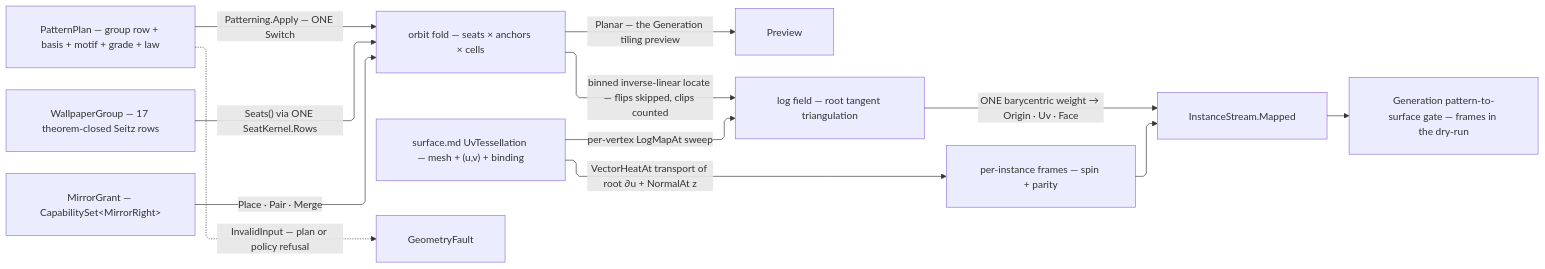
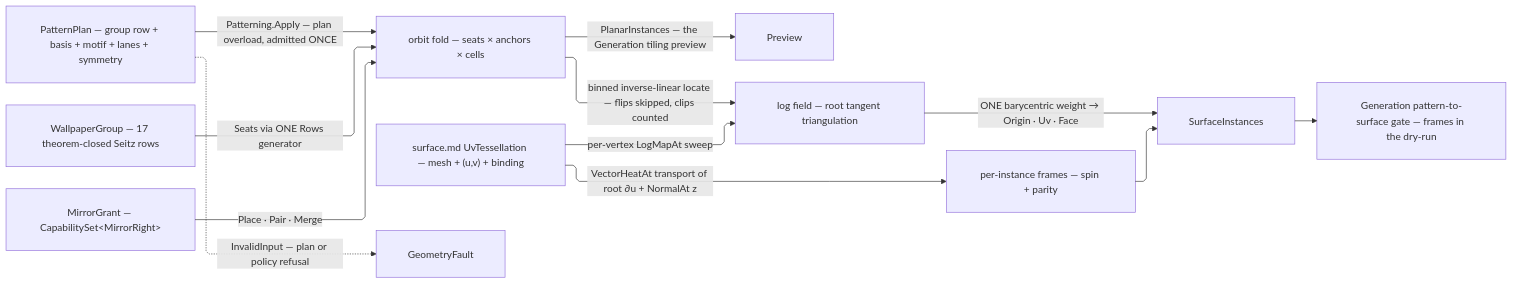
Before and after one commit to bsamiee/Rasm: the diagram in libs/dotnet/Rasm/.planning/Parametric/patternmap.md, drawn with Mermaid. The commit also changed other lines of this file and 47 other files, not shown here.

First line of the commit message:
spec: drain the Parametric audits — collapse wrappers, seat generated owners, land FP/ROP admission across nurbs, curve, surface, locate, projections, patternmap, subdivide, develop, panelize

````diff
--- a/libs/dotnet/Rasm/.planning/Parametric/patternmap.md
+++ b/libs/dotnet/Rasm/.planning/Parametric/patternmap.md
@@ -294,23 +268,23 @@
 ```mermaid
 ---
 config:
   layout: elk
   flowchart:
     curve: linear
     padding: 25
 ---
 flowchart LR
     accTitle: Pattern orbit and mapping flow
-    accDescr: PatternPlan drives the wallpaper orbit fold; Orbit emits the planar stream and Map lifts sites through the log field onto the surface with transported frames.
-    Plan["PatternPlan — group row + basis + motif + grade + law"] -->|"Patterning.Apply — ONE Switch"| Orbit["orbit fold — seats × anchors × cells"]
-    Groups["WallpaperGroup — 17 theorem-closed Seitz rows"] -->|"Seats() via ONE SeatKernel.Rows"| Orbit
+    accDescr: PatternPlan drives the wallpaper orbit fold; the plan overload emits PlanarInstances and the PatternMap overload lifts sites through the log field onto the surface with transported frames.
+    Plan["PatternPlan — group row + basis + motif + lanes + symmetry"] -->|"Patterning.Apply — plan overload, admitted ONCE"| Orbit["orbit fold — seats × anchors × cells"]
+    Groups["WallpaperGroup — 17 theorem-closed Seitz rows"] -->|"Seats via ONE Rows generator"| Orbit
     Grant["MirrorGrant — CapabilitySet&lt;MirrorRight&gt;"] -->|"Place · Pair · Merge"| Orbit
-    Orbit -->|"Planar — the Generation tiling preview"| Preview
+    Orbit -->|"PlanarInstances — the Generation tiling preview"| Preview
     UvT["surface.md UvTessellation — mesh + (u,v) + binding"] -->|"per-vertex LogMapAt sweep"| Log["log field — root tangent triangulation"]
     Orbit -->|"binned inverse-linear locate — flips skipped, clips counted"| Log
-    Log -->|"ONE barycentric weight → Origin · Uv · Face"| Stream["InstanceStream.Mapped"]
+    Log -->|"ONE barycentric weight → Origin · Uv · Face"| Stream["SurfaceInstances"]
     UvT -->|"VectorHeatAt transport of root ∂u + NormalAt z"| Frames["per-instance frames — spin + parity"]
     Frames --> Stream
     Stream --> Gate["Generation pattern-to-surface gate — frames in the dry-run"]
     Plan -.->|"InvalidInput — plan or policy refusal"| GeometryFault
 ```
````
